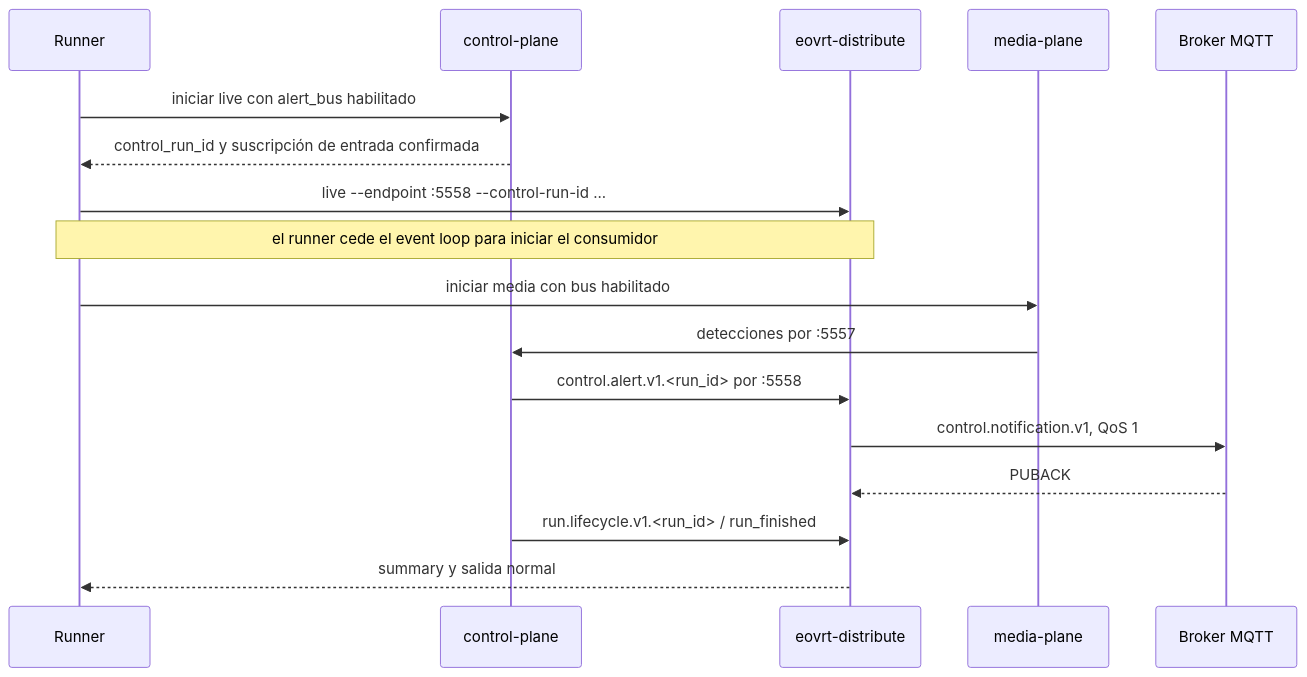
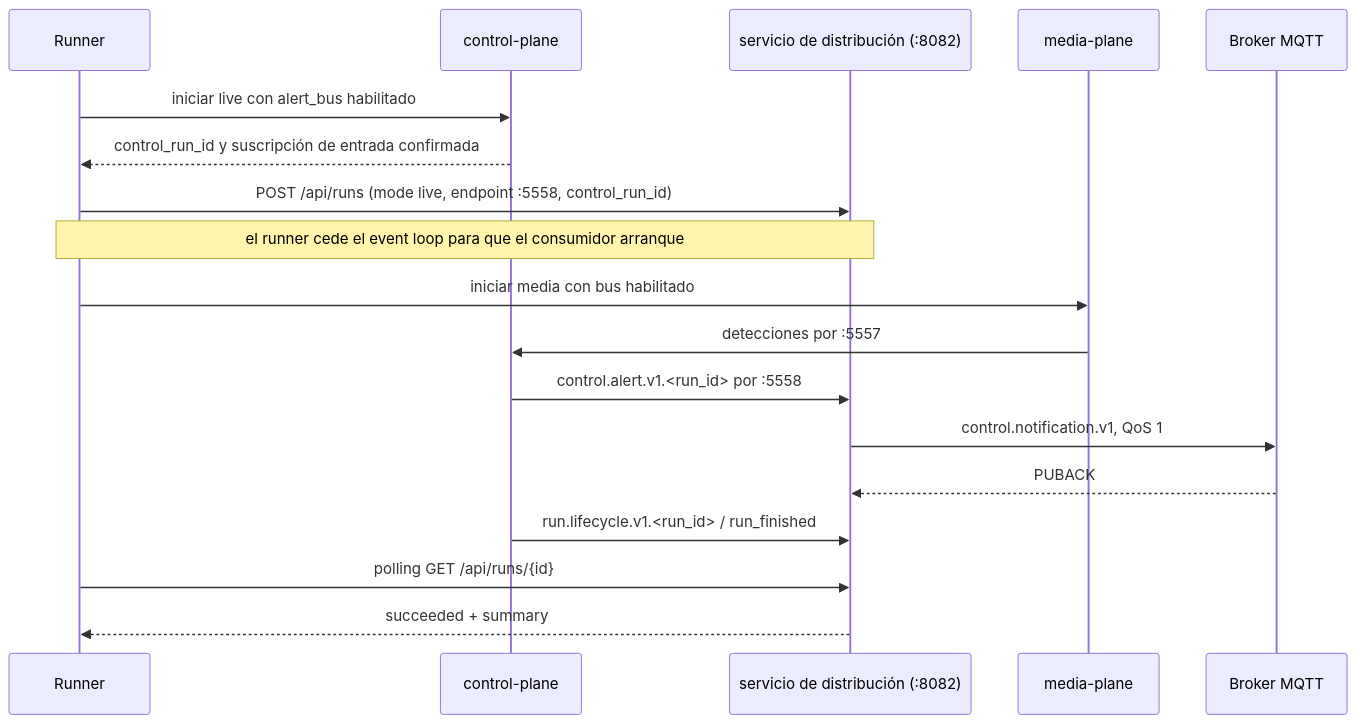
One commit to simonll4/e-ovrt_alert-distribution changed the second of 2 diagrams in docs/05-integracion-con-la-plataforma.md. Above: the diagram before and after it, drawn with Mermaid. The commit also changed other lines of this file and 11 other files, not shown here.

````diff
--- a/docs/05-integracion-con-la-plataforma.md
+++ b/docs/05-integracion-con-la-plataforma.md
@@ -112,20 +112,21 @@
 ```mermaid
 sequenceDiagram
     participant R as Runner
     participant C as control-plane
-    participant D as eovrt-distribute
+    participant D as servicio de distribución (:8082)
     participant M as media-plane
     participant B as Broker MQTT
 
     R->>C: iniciar live con alert_bus habilitado
     C-->>R: control_run_id y suscripción de entrada confirmada
-    R->>D: live --endpoint :5558 --control-run-id ...
-    Note over R,D: el runner cede el event loop para iniciar el consumidor
+    R->>D: POST /api/runs (mode live, endpoint :5558, control_run_id)
+    Note over R,D: el runner cede el event loop para que el consumidor arranque
     R->>M: iniciar media con bus habilitado
     M->>C: detecciones por :5557
     C->>D: control.alert.v1.<run_id> por :5558
     D->>B: control.notification.v1, QoS 1
     B-->>D: PUBACK
     C->>D: run.lifecycle.v1.<run_id> / run_finished
-    D-->>R: summary y salida normal
+    R->>D: polling GET /api/runs/{id}
+    D-->>R: succeeded + summary
 ```
````
